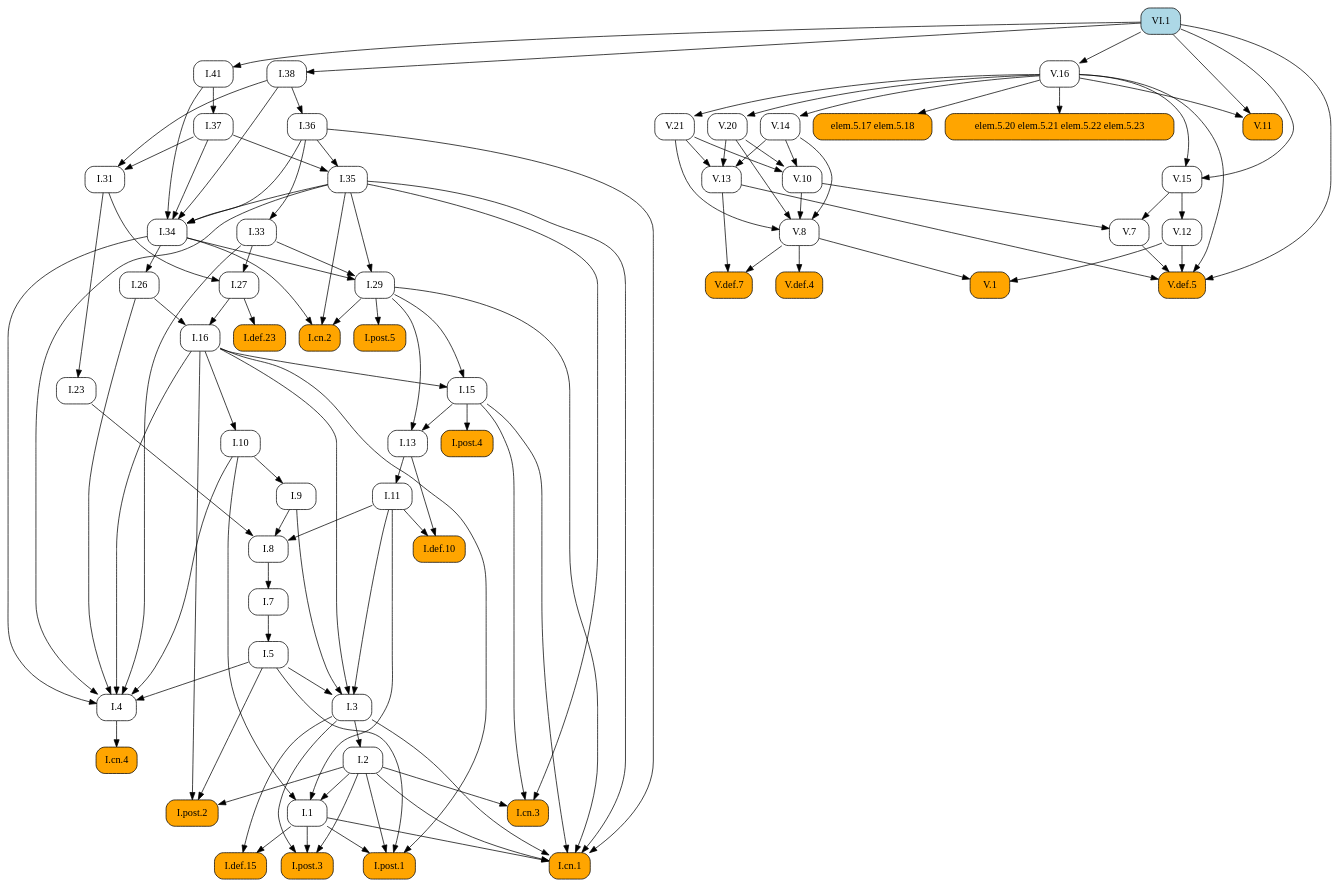
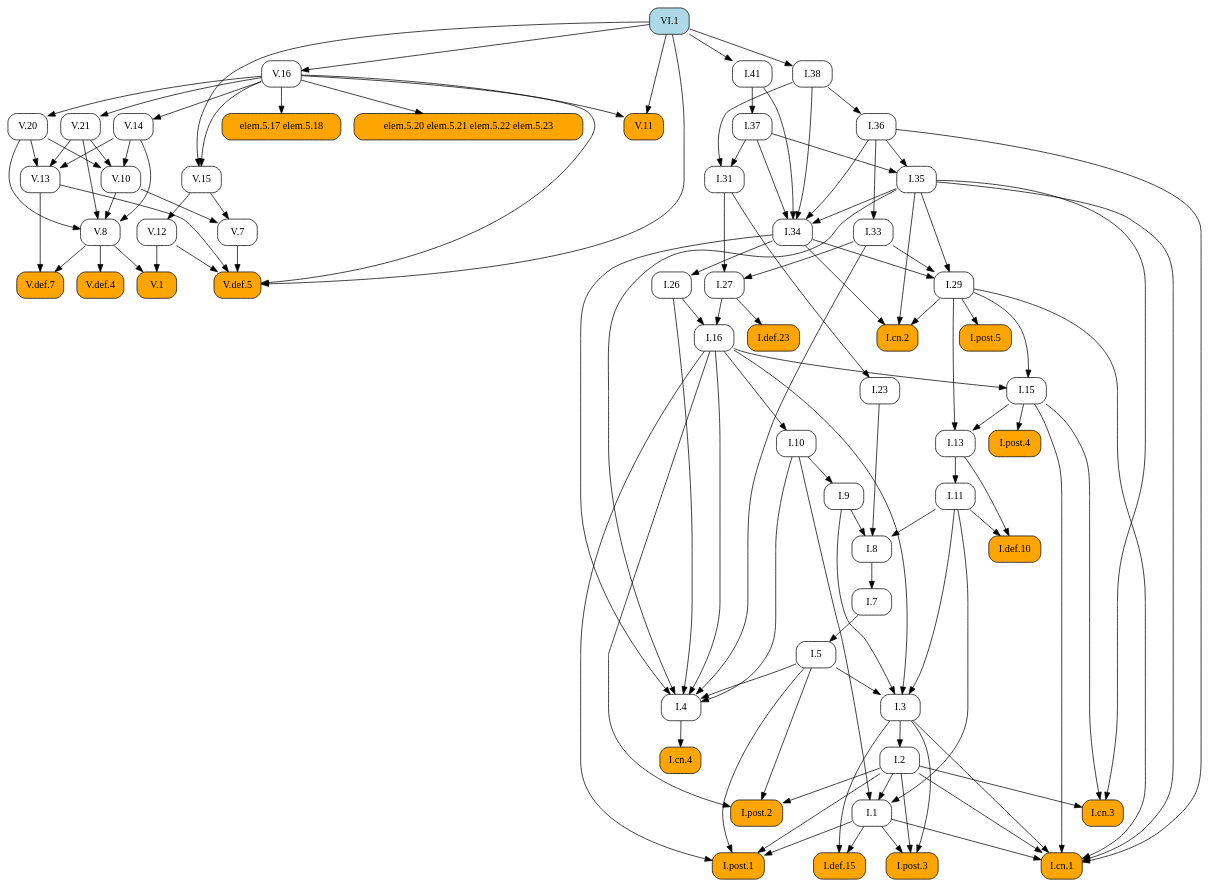
Before and after one commit to geometor/elements: the diagram in docsrc/elements2/VI/1/index.rst, drawn with Graphviz. The commit also changed other lines of this file and 171 other files, not shown here.

```diff
--- a/docsrc/elements2/VI/1/index.rst
+++ b/docsrc/elements2/VI/1/index.rst
@@ -70,107 +70,152 @@
    digraph {
      rankdir="TB";
      node [shape=box, style=rounded];
-     "I.37" [URL="/elements2/I/37/", target="_top"];
+     "V.20" [URL="/elements2/V/20/", target="_top"];
+     "I.8" [URL="/elements2/I/8/", target="_top"];
+     "I.36" [URL="/elements2/I/36/", target="_top"];
+     "V.def.5" [style="rounded,filled", fillcolor=orange, URL="/elements2/V/def.5/", target="_top"];
+     "V.def.7" [style="rounded,filled", fillcolor=orange, URL="/elements2/V/def.7/", target="_top"];
+     "V.def.4" [style="rounded,filled", fillcolor=orange, URL="/elements2/V/def.4/", target="_top"];
+     "I.post.1" [style="rounded,filled", fillcolor=orange, URL="/elements2/I/post.1/", target="_top"];
+     "I.33" [URL="/elements2/I/33/", target="_top"];
+     "I.5" [URL="/elements2/I/5/", target="_top"];
+     "I.38" [URL="/elements2/I/38/", target="_top"];
      "elem.5.17 elem.5.18" [style="rounded,filled", fillcolor=orange];
+     "V.13" [URL="/elements2/V/13/", target="_top"];
+     "V.11" [style="rounded,filled", fillcolor=orange, URL="/elements2/V/11/", target="_top"];
+     "I.post.5" [style="rounded,filled", fillcolor=orange, URL="/elements2/I/post.5/", target="_top"];
+     "I.def.10" [style="rounded,filled", fillcolor=orange, URL="/elements2/I/def.10/", target="_top"];
+     "VI.1" [style="rounded,filled", fillcolor=lightblue, URL="/elements2/VI/1/", target="_top"];
+     "I.cn.2" [style="rounded,filled", fillcolor=orange, URL="/elements2/I/cn.2/", target="_top"];
+     "I.def.15" [style="rounded,filled", fillcolor=orange, URL="/elements2/I/def.15/", target="_top"];
+     "V.16" [URL="/elements2/V/16/", target="_top"];
+     "V.15" [URL="/elements2/V/15/", target="_top"];
+     "I.31" [URL="/elements2/I/31/", target="_top"];
+     "I.11" [URL="/elements2/I/11/", target="_top"];
+     "I.3" [URL="/elements2/I/3/", target="_top"];
+     "I.def.23" [style="rounded,filled", fillcolor=orange, URL="/elements2/I/def.23/", target="_top"];
+     "I.post.2" [style="rounded,filled", fillcolor=orange, URL="/elements2/I/post.2/", target="_top"];
+     "I.26" [URL="/elements2/I/26/", target="_top"];
+     "V.14" [URL="/elements2/V/14/", target="_top"];
+     "V.10" [URL="/elements2/V/10/", target="_top"];
+     "I.cn.3" [style="rounded,filled", fillcolor=orange, URL="/elements2/I/cn.3/", target="_top"];
+     "I.cn.4" [style="rounded,filled", fillcolor=orange, URL="/elements2/I/cn.4/", target="_top"];
+     "I.1" [URL="/elements2/I/1/", target="_top"];
+     "I.7" [URL="/elements2/I/7/", target="_top"];
+     "I.9" [URL="/elements2/I/9/", target="_top"];
      "V.7" [URL="/elements2/V/7/", target="_top"];
-     "I.def.10" [style="rounded,filled", fillcolor=orange, URL="/elements2/I/def.10/", target="_top"];
-     "I.34" [URL="/elements2/I/34/", target="_top"];
-     "V.def.5" [style="rounded,filled", fillcolor=orange, URL="/elements2/V/def.5/", target="_top"];
-     "I.cn.4" [style="rounded,filled", fillcolor=orange, URL="/elements2/I/cn.4/", target="_top"];
-     "I.def.15" [style="rounded,filled", fillcolor=orange, URL="/elements2/I/def.15/", target="_top"];
-     "I.post.3" [style="rounded,filled", fillcolor=orange, URL="/elements2/I/post.3/", target="_top"];
-     "V.def.7" [style="rounded,filled", fillcolor=orange, URL="/elements2/V/def.7/", target="_top"];
-     "I.41" [URL="/elements2/I/41/", target="_top"];
-     "I.36" [URL="/elements2/I/36/", target="_top"];
-     "I.27" [URL="/elements2/I/27/", target="_top"];
-     "V.10" [URL="/elements2/V/10/", target="_top"];
-     "I.post.2" [style="rounded,filled", fillcolor=orange, URL="/elements2/I/post.2/", target="_top"];
-     "I.13" [URL="/elements2/I/13/", target="_top"];
-     "I.10" [URL="/elements2/I/10/", target="_top"];
-     "I.post.1" [style="rounded,filled", fillcolor=orange, URL="/elements2/I/post.1/", target="_top"];
-     "I.7" [URL="/elements2/I/7/", target="_top"];
-     "V.15" [URL="/elements2/V/15/", target="_top"];
-     "V.14" [URL="/elements2/V/14/", target="_top"];
-     "I.11" [URL="/elements2/I/11/", target="_top"];
-     "I.4" [URL="/elements2/I/4/", target="_top"];
-     "V.13" [URL="/elements2/V/13/", target="_top"];
-     "V.16" [URL="/elements2/V/16/", target="_top"];
+     "I.cn.1" [style="rounded,filled", fillcolor=orange, URL="/elements2/I/cn.1/", target="_top"];
+     "elem.5.20 elem.5.21 elem.5.22 elem.5.23" [style="rounded,filled", fillcolor=orange];
+     "V.12" [URL="/elements2/V/12/", target="_top"];
+     "V.21" [URL="/elements2/V/21/", target="_top"];
+     "I.29" [URL="/elements2/I/29/", target="_top"];
      "V.1" [style="rounded,filled", fillcolor=orange, URL="/elements2/V/1/", target="_top"];
      "I.16" [URL="/elements2/I/16/", target="_top"];
-     "V.21" [URL="/elements2/V/21/", target="_top"];
+     "I.41" [URL="/elements2/I/41/", target="_top"];
+     "I.35" [URL="/elements2/I/35/", target="_top"];
+     "I.13" [URL="/elements2/I/13/", target="_top"];
+     "I.post.4" [style="rounded,filled", fillcolor=orange, URL="/elements2/I/post.4/", target="_top"];
+     "I.37" [URL="/elements2/I/37/", target="_top"];
+     "I.27" [URL="/elements2/I/27/", target="_top"];
+     "I.2" [URL="/elements2/I/2/", target="_top"];
+     "I.4" [URL="/elements2/I/4/", target="_top"];
      "V.8" [URL="/elements2/V/8/", target="_top"];
-     "I.def.23" [style="rounded,filled", fillcolor=orange, URL="/elements2/I/def.23/", target="_top"];
-     "elem.5.20 elem.5.21 elem.5.22 elem.5.23" [style="rounded,filled", fillcolor=orange];
-     "I.9" [URL="/elements2/I/9/", target="_top"];
-     "I.38" [URL="/elements2/I/38/", target="_top"];
-     "I.cn.2" [style="rounded,filled", fillcolor=orange, URL="/elements2/I/cn.2/", target="_top"];
+     "I.10" [URL="/elements2/I/10/", target="_top"];
+     "I.15" [URL="/elements2/I/15/", target="_top"];
+     "I.34" [URL="/elements2/I/34/", target="_top"];
      "I.23" [URL="/elements2/I/23/", target="_top"];
-     "I.26" [URL="/elements2/I/26/", target="_top"];
-     "I.8" [URL="/elements2/I/8/", target="_top"];
-     "I.15" [URL="/elements2/I/15/", target="_top"];
-     "I.post.5" [style="rounded,filled", fillcolor=orange, URL="/elements2/I/post.5/", target="_top"];
-     "I.2" [URL="/elements2/I/2/", target="_top"];
-     "VI.1" [style="rounded,filled", fillcolor=lightblue, URL="/elements2/VI/1/", target="_top"];
-     "I.1" [URL="/elements2/I/1/", target="_top"];
-     "I.35" [URL="/elements2/I/35/", target="_top"];
-     "V.def.4" [style="rounded,filled", fillcolor=orange, URL="/elements2/V/def.4/", target="_top"];
-     "V.11" [style="rounded,filled", fillcolor=orange, URL="/elements2/V/11/", target="_top"];
-     "I.33" [URL="/elements2/I/33/", target="_top"];
-     "I.31" [URL="/elements2/I/31/", target="_top"];
-     "I.post.4" [style="rounded,filled", fillcolor=orange, URL="/elements2/I/post.4/", target="_top"];
-     "I.cn.1" [style="rounded,filled", fillcolor=orange, URL="/elements2/I/cn.1/", target="_top"];
-     "I.3" [URL="/elements2/I/3/", target="_top"];
-     "I.cn.3" [style="rounded,filled", fillcolor=orange, URL="/elements2/I/cn.3/", target="_top"];
-     "I.29" [URL="/elements2/I/29/", target="_top"];
-     "I.5" [URL="/elements2/I/5/", target="_top"];
-     "V.12" [URL="/elements2/V/12/", target="_top"];
-     "V.20" [URL="/elements2/V/20/", target="_top"];
-     "I.41" -> "I.37";
-     "V.16" -> "elem.5.17 elem.5.18";
-     "V.10" -> "V.7";
-     "V.15" -> "V.7";
-     "I.11" -> "I.def.10";
-     "I.13" -> "I.def.10";
-     "I.35" -> "I.34";
-     "I.36" -> "I.34";
-     "I.37" -> "I.34";
-     "I.38" -> "I.34";
-     "I.41" -> "I.34";
+     "I.post.3" [style="rounded,filled", fillcolor=orange, URL="/elements2/I/post.3/", target="_top"];
+     "V.16" -> "V.20";
+     "I.9" -> "I.8";
+     "I.11" -> "I.8";
+     "I.23" -> "I.8";
+     "I.38" -> "I.36";
      "V.7" -> "V.def.5";
      "V.12" -> "V.def.5";
      "V.13" -> "V.def.5";
      "V.16" -> "V.def.5";
      "VI.1" -> "V.def.5";
-     "I.4" -> "I.cn.4";
-     "I.1" -> "I.def.15";
-     "I.3" -> "I.def.15";
-     "I.1" -> "I.post.3";
-     "I.2" -> "I.post.3";
-     "I.3" -> "I.post.3";
      "V.8" -> "V.def.7";
      "V.13" -> "V.def.7";
-     "VI.1" -> "I.41";
-     "I.38" -> "I.36";
-     "I.31" -> "I.27";
-     "I.33" -> "I.27";
-     "V.14" -> "V.10";
-     "V.20" -> "V.10";
-     "V.21" -> "V.10";
-     "I.2" -> "I.post.2";
-     "I.5" -> "I.post.2";
-     "I.16" -> "I.post.2";
-     "I.15" -> "I.13";
-     "I.29" -> "I.13";
-     "I.16" -> "I.10";
+     "V.8" -> "V.def.4";
      "I.1" -> "I.post.1";
      "I.2" -> "I.post.1";
      "I.5" -> "I.post.1";
      "I.16" -> "I.post.1";
-     "I.8" -> "I.7";
+     "I.36" -> "I.33";
+     "I.7" -> "I.5";
+     "VI.1" -> "I.38";
+     "V.16" -> "elem.5.17 elem.5.18";
+     "V.14" -> "V.13";
+     "V.20" -> "V.13";
+     "V.21" -> "V.13";
+     "V.16" -> "V.11";
+     "VI.1" -> "V.11";
+     "I.29" -> "I.post.5";
+     "I.11" -> "I.def.10";
+     "I.13" -> "I.def.10";
+     "I.29" -> "I.cn.2";
+     "I.34" -> "I.cn.2";
+     "I.35" -> "I.cn.2";
+     "I.1" -> "I.def.15";
+     "I.3" -> "I.def.15";
+     "VI.1" -> "V.16";
      "V.16" -> "V.15";
      "VI.1" -> "V.15";
+     "I.37" -> "I.31";
+     "I.38" -> "I.31";
+     "I.13" -> "I.11";
+     "I.5" -> "I.3";
+     "I.9" -> "I.3";
+     "I.11" -> "I.3";
+     "I.16" -> "I.3";
+     "I.27" -> "I.def.23";
+     "I.2" -> "I.post.2";
+     "I.5" -> "I.post.2";
+     "I.16" -> "I.post.2";
+     "I.34" -> "I.26";
      "V.16" -> "V.14";
-     "I.13" -> "I.11";
+     "V.14" -> "V.10";
+     "V.20" -> "V.10";
+     "V.21" -> "V.10";
+     "I.2" -> "I.cn.3";
+     "I.15" -> "I.cn.3";
+     "I.35" -> "I.cn.3";
+     "I.4" -> "I.cn.4";
+     "I.2" -> "I.1";
+     "I.10" -> "I.1";
+     "I.11" -> "I.1";
+     "I.8" -> "I.7";
+     "I.10" -> "I.9";
+     "V.10" -> "V.7";
+     "V.15" -> "V.7";
+     "I.1" -> "I.cn.1";
+     "I.2" -> "I.cn.1";
+     "I.3" -> "I.cn.1";
+     "I.15" -> "I.cn.1";
+     "I.29" -> "I.cn.1";
+     "I.35" -> "I.cn.1";
+     "I.36" -> "I.cn.1";
+     "V.16" -> "elem.5.20 elem.5.21 elem.5.22 elem.5.23";
+     "V.15" -> "V.12";
+     "V.16" -> "V.21";
+     "I.33" -> "I.29";
+     "I.34" -> "I.29";
+     "I.35" -> "I.29";
+     "V.8" -> "V.1";
+     "V.12" -> "V.1";
+     "I.26" -> "I.16";
+     "I.27" -> "I.16";
+     "VI.1" -> "I.41";
+     "I.36" -> "I.35";
+     "I.37" -> "I.35";
+     "I.15" -> "I.13";
+     "I.29" -> "I.13";
+     "I.15" -> "I.post.4";
+     "I.41" -> "I.37";
+     "I.31" -> "I.27";
+     "I.33" -> "I.27";
+     "I.3" -> "I.2";
      "I.5" -> "I.4";
      "I.10" -> "I.4";
      "I.16" -> "I.4";
@@ -178,65 +223,20 @@
      "I.33" -> "I.4";
      "I.34" -> "I.4";
      "I.35" -> "I.4";
-     "V.14" -> "V.13";
-     "V.20" -> "V.13";
-     "V.21" -> "V.13";
-     "VI.1" -> "V.16";
-     "V.8" -> "V.1";
-     "V.12" -> "V.1";
-     "I.26" -> "I.16";
-     "I.27" -> "I.16";
-     "V.16" -> "V.21";
      "V.10" -> "V.8";
      "V.14" -> "V.8";
      "V.20" -> "V.8";
      "V.21" -> "V.8";
-     "I.27" -> "I.def.23";
-     "V.16" -> "elem.5.20 elem.5.21 elem.5.22 elem.5.23";
-     "I.10" -> "I.9";
-     "VI.1" -> "I.38";
-     "I.29" -> "I.cn.2";
-     "I.34" -> "I.cn.2";
-     "I.35" -> "I.cn.2";
-     "I.31" -> "I.23";
-     "I.34" -> "I.26";
-     "I.9" -> "I.8";
-     "I.11" -> "I.8";
-     "I.23" -> "I.8";
+     "I.16" -> "I.10";
      "I.16" -> "I.15";
      "I.29" -> "I.15";
-     "I.29" -> "I.post.5";
-     "I.3" -> "I.2";
-     "I.2" -> "I.1";
-     "I.10" -> "I.1";
-     "I.11" -> "I.1";
-     "I.36" -> "I.35";
-     "I.37" -> "I.35";
-     "V.8" -> "V.def.4";
-     "V.16" -> "V.11";
-     "VI.1" -> "V.11";
-     "I.36" -> "I.33";
-     "I.37" -> "I.31";
-     "I.38" -> "I.31";
-     "I.15" -> "I.post.4";
-     "I.1" -> "I.cn.1";
-     "I.2" -> "I.cn.1";
-     "I.3" -> "I.cn.1";
-     "I.15" -> "I.cn.1";
-     "I.29" -> "I.cn.1";
-     "I.35" -> "I.cn.1";
-     "I.36" -> "I.cn.1";
-     "I.5" -> "I.3";
-     "I.9" -> "I.3";
-     "I.11" -> "I.3";
-     "I.16" -> "I.3";
-     "I.2" -> "I.cn.3";
-     "I.15" -> "I.cn.3";
-     "I.35" -> "I.cn.3";
-     "I.33" -> "I.29";
-     "I.34" -> "I.29";
-     "I.35" -> "I.29";
-     "I.7" -> "I.5";
-     "V.15" -> "V.12";
-     "V.16" -> "V.20";
+     "I.35" -> "I.34";
+     "I.36" -> "I.34";
+     "I.37" -> "I.34";
+     "I.38" -> "I.34";
+     "I.41" -> "I.34";
+     "I.31" -> "I.23";
+     "I.1" -> "I.post.3";
+     "I.2" -> "I.post.3";
+     "I.3" -> "I.post.3";
    }
```
